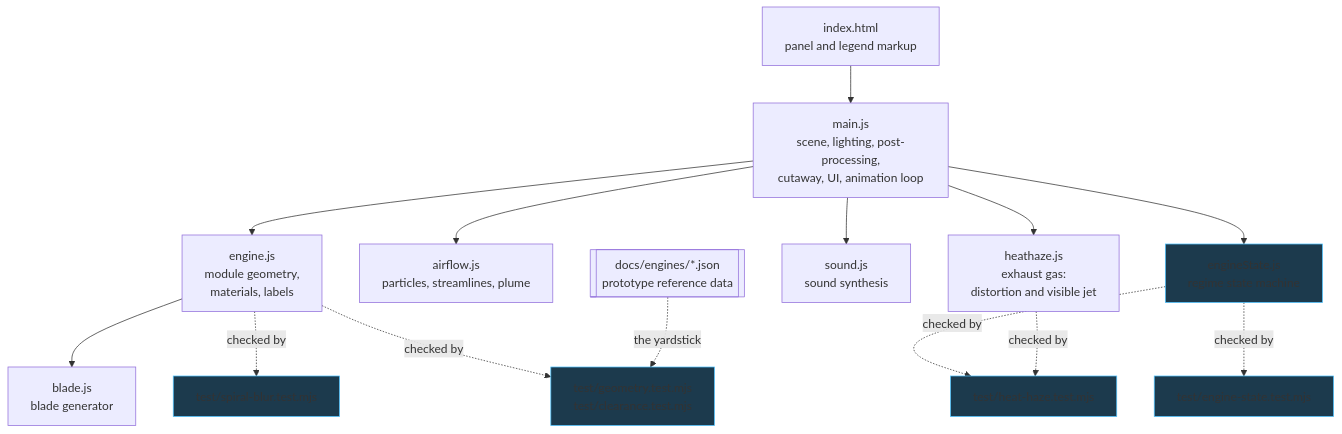
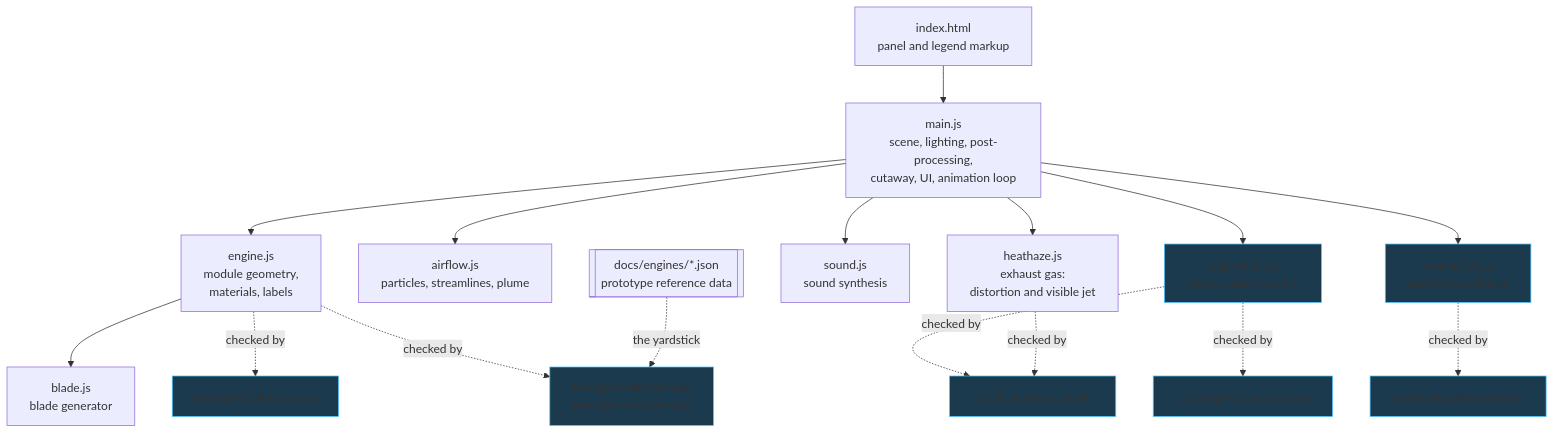
The first of 2 diagrams in docs/01-architecture.md (jubbon/jet-engine-3d), drawn with Mermaid before and after one commit. The commit also changed other lines of this file and 13 other files, not shown here.

````diff
--- a/docs/01-architecture.md
+++ b/docs/01-architecture.md
@@ -5,22 +5,26 @@
 ```mermaid
 graph TD
   I[index.html<br/>panel and legend markup] --> M
   M[main.js<br/>scene, lighting, post-processing,<br/>cutaway, UI, animation loop]
   M --> E[engine.js<br/>module geometry,<br/>materials, labels]
   M --> A[airflow.js<br/>particles, streamlines, plume]
   M --> H[heathaze.js<br/>exhaust gas:<br/>distortion and visible jet]
   M --> S[sound.js<br/>sound synthesis]
   M --> ST[engineState.js<br/>regime state machine]
+  M --> AT[atmosphere.js<br/>ambient conditions]
   E --> B[blade.js<br/>blade generator]
   ST -.checked by.-> T[test/engine-state.test.mjs]
   ST -.checked by.-> T2[test/heat-haze.test.mjs]
   E -.checked by.-> T3[test/spiral-blur.test.mjs]
   E -.checked by.-> T4["test/geometry.test.mjs<br/>test/clearance.test.mjs"]
+  AT -.checked by.-> T5[test/atmosphere.test.mjs]
   J[["docs/engines/*.json<br/>prototype reference data"]] -.the yardstick.-> T4
   H -.checked by.-> T2
   style ST fill:#1c3a4d,stroke:#4fc3ff
+  style AT fill:#1c3a4d,stroke:#4fc3ff
   style T fill:#1c3a4d,stroke:#4fc3ff
   style T2 fill:#1c3a4d,stroke:#4fc3ff
   style T3 fill:#1c3a4d,stroke:#4fc3ff
   style T4 fill:#1c3a4d,stroke:#4fc3ff
+  style T5 fill:#1c3a4d,stroke:#4fc3ff
 ```
````
